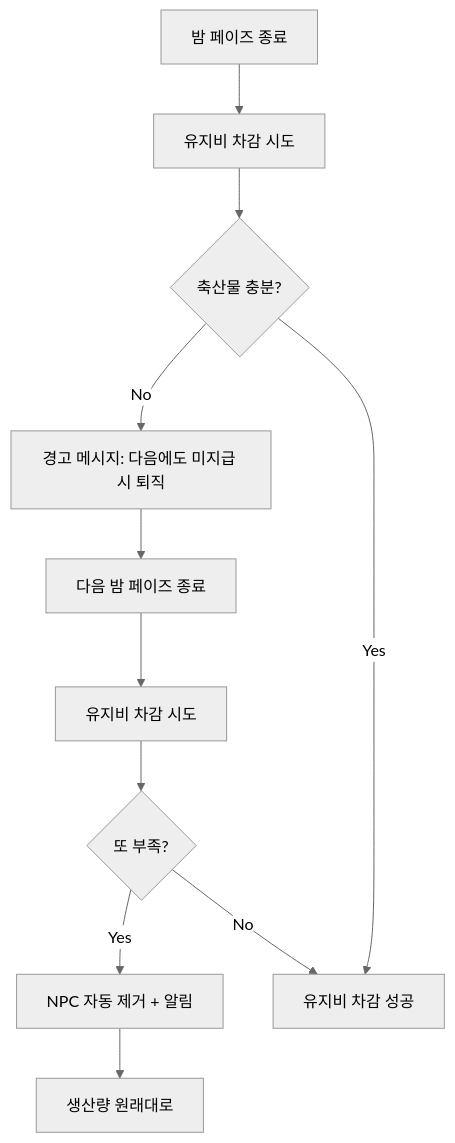
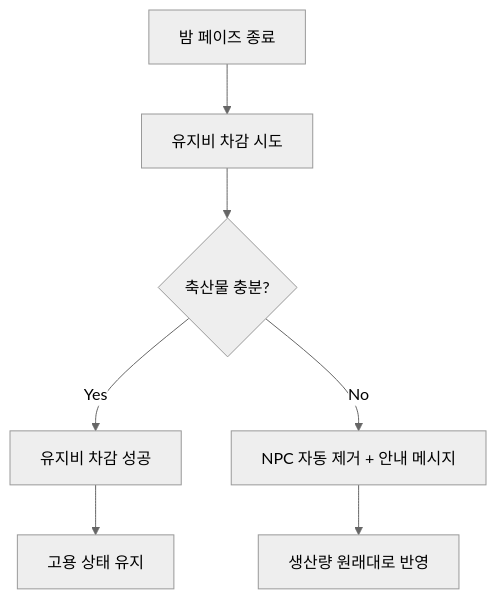
Before and after one commit to heewonle/PotatoDefense: the eighth of 10 diagrams in 파머스 디펜더.md, drawn with Mermaid (neutral theme). The commit also changed other lines of this file and 153 other files, not shown here.

````diff
--- a/파머스 디펜더.md
+++ b/파머스 디펜더.md
@@ -1325,13 +1329,10 @@
 ```mermaid
 flowchart TD
     A[밤 페이즈 종료] --> B[유지비 차감 시도]
     B --> C{축산물 충분?}
-    C -->|No| D[경고 메시지: 다음에도 미지급 시 퇴직]
-    D --> E[다음 밤 페이즈 종료]
-    E --> F[유지비 차감 시도]
-    F --> G{또 부족?}
-    G -->|Yes| H[NPC 자동 제거 + 알림]
-    H --> I[생산량 원래대로]
-    C -->|Yes| J[유지비 차감 성공]
-    G -->|No| J
+    C -->|Yes| D[유지비 차감 성공]
+    D --> E[고용 상태 유지]
+
+    C -->|No| F[NPC 자동 제거 + 안내 메시지]
+    F --> G[생산량 원래대로 반영]
 ```
````
